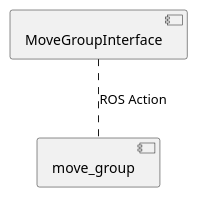
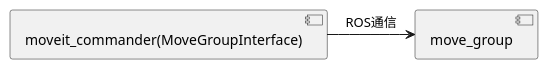
The diagram in source/move_group_interface.rst (robo-marc/moveit_documents), drawn with PlantUML before and after one commit. The commit also changed other lines of this file and 1 other file, not shown here.

Commit message:
update UML diagrams

```diff
--- a/source/move_group_interface.rst
+++ b/source/move_group_interface.rst
@@ -9,3 +9,3 @@
 .. uml::
 
-   [MoveGroupInterface] .. [move_group] : ROS Action
+   [moveit_commander(MoveGroupInterface)] -right-> [move_group] : ROS通信
```
